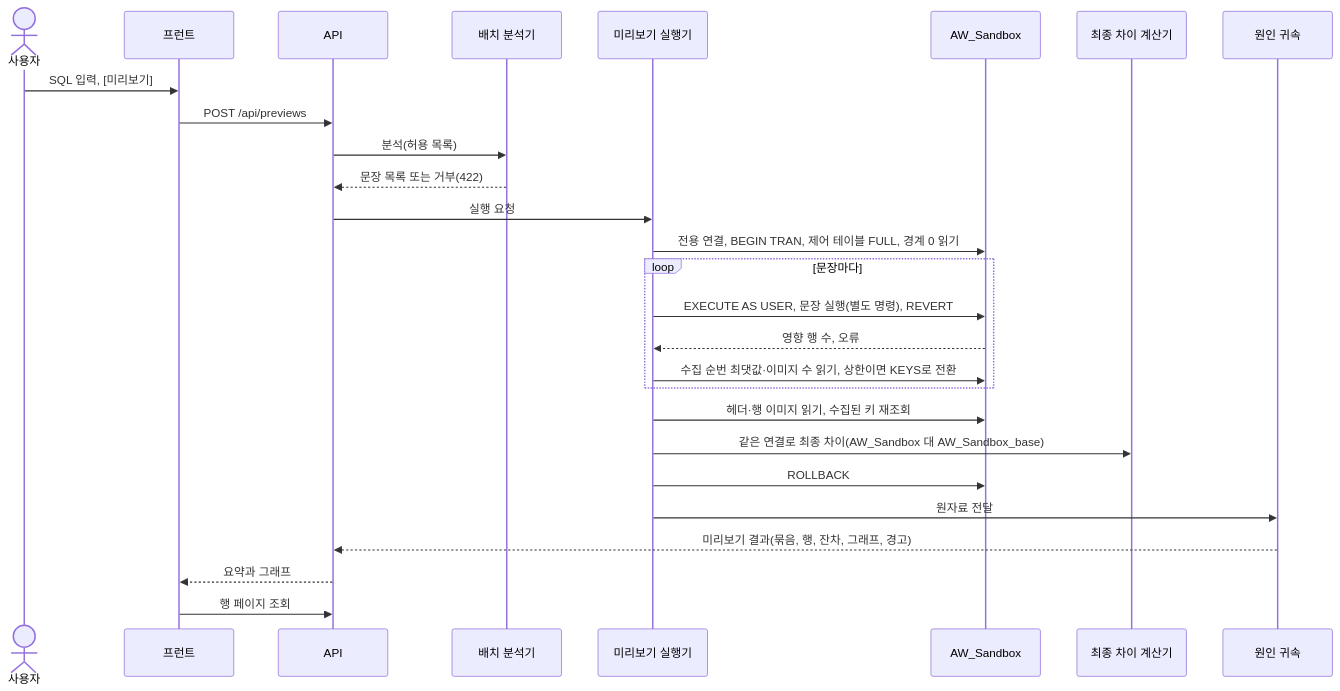
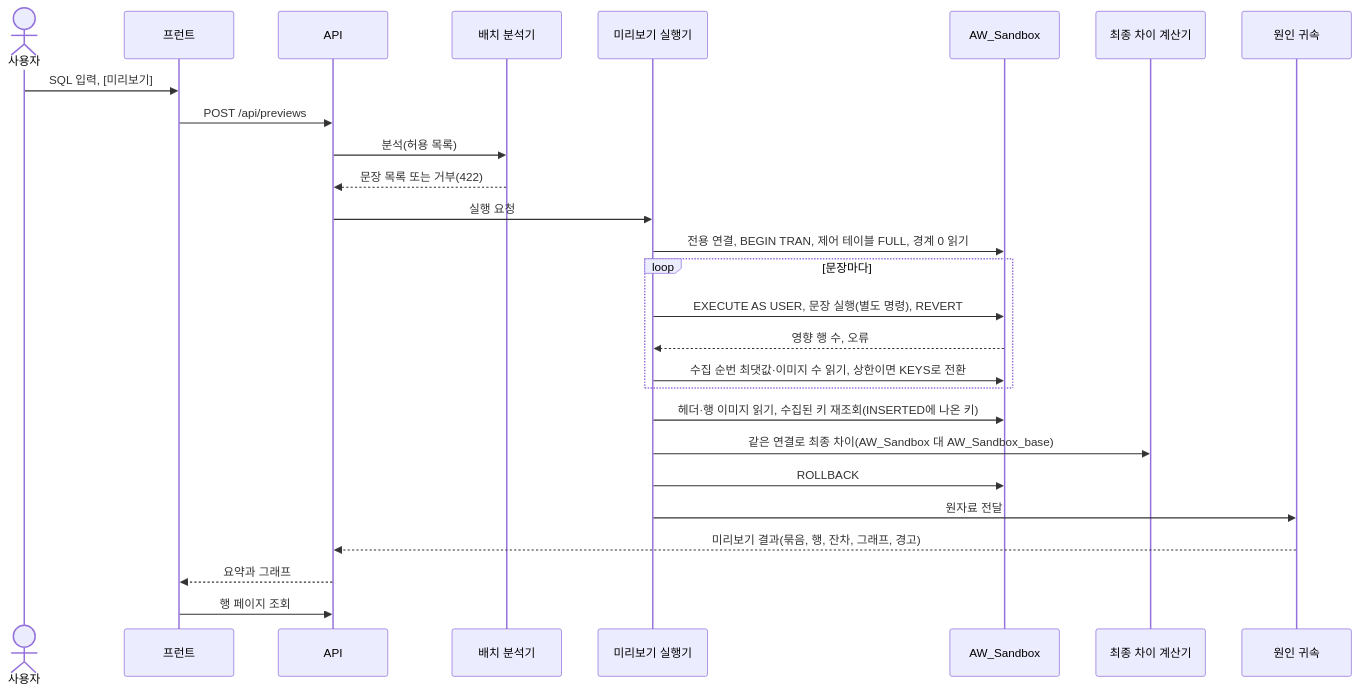
The second of 3 diagrams in docs/architecture.md (yoyowasi/db-ripple), drawn with Mermaid before and after one commit. The commit also changed other lines of this file and 5 other files, not shown here.

````diff
--- a/docs/architecture.md
+++ b/docs/architecture.md
@@ -314,29 +314,29 @@
 ```mermaid
 sequenceDiagram
   actor U as 사용자
   participant FE as 프런트
   participant API as API
   participant BA as 배치 분석기
   participant PE as 미리보기 실행기
   participant SBX as AW_Sandbox
   participant ND as 최종 차이 계산기
   participant CR as 원인 귀속
   U->>FE: SQL 입력, [미리보기]
   FE->>API: POST /api/previews
   API->>BA: 분석(허용 목록)
   BA-->>API: 문장 목록 또는 거부(422)
   API->>PE: 실행 요청
   PE->>SBX: 전용 연결, BEGIN TRAN, 제어 테이블 FULL, 경계 0 읽기
   loop 문장마다
     PE->>SBX: EXECUTE AS USER, 문장 실행(별도 명령), REVERT
     SBX-->>PE: 영향 행 수, 오류
     PE->>SBX: 수집 순번 최댓값·이미지 수 읽기, 상한이면 KEYS로 전환
   end
-  PE->>SBX: 헤더·행 이미지 읽기, 수집된 키 재조회
+  PE->>SBX: 헤더·행 이미지 읽기, 수집된 키 재조회(INSERTED에 나온 키)
   PE->>ND: 같은 연결로 최종 차이(AW_Sandbox 대 AW_Sandbox_base)
   PE->>SBX: ROLLBACK
   PE->>CR: 원자료 전달
   CR-->>API: 미리보기 결과(묶음, 행, 잔차, 그래프, 경고)
   API-->>FE: 요약과 그래프
   FE->>API: 행 페이지 조회
 ```
````
